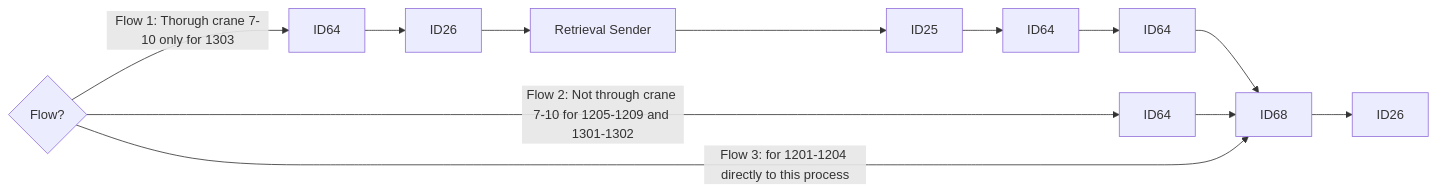
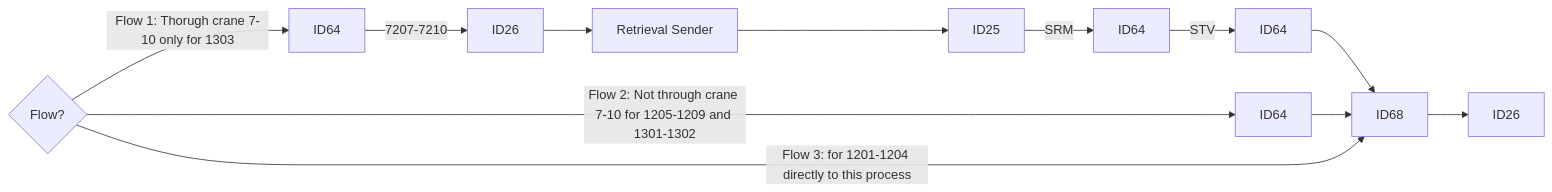
The third of 15 diagrams in Basic-Design/DFD-WMS/Retrieval/Specific-Location-Retrieval-Setting.md (luthfiadityaa/SimeDarby-Wiki), drawn with Mermaid before and after one commit.

Commit message:
Updated Specific Location Retrieval Setting

```diff
--- a/Basic-Design/DFD-WMS/Retrieval/Specific-Location-Retrieval-Setting.md
+++ b/Basic-Design/DFD-WMS/Retrieval/Specific-Location-Retrieval-Setting.md
@@ -18,9 +18,9 @@
 ::: mermaid
 flowchart LR
 
 Cond1{Flow?} 
 
-Cond1{Flow?}--> |Flow 1: Thorugh crane 7-10 only for 1303| P5[ID64]-->P8[ID26]-->P9[Retrieval Sender]-->P10[ID25]-->P11[ID64]-->P12[ID64]-->P7[ID68]
+Cond1{Flow?}--> |Flow 1: Thorugh crane 7-10 only for 1303| P5[ID64]--> |7207-7210| P8[ID26]-->P9[Retrieval Sender]-->P10[ID25]--> |SRM| P11[ID64]--> |STV| P12[ID64]-->P7[ID68]
 Cond1{Flow?}--> |Flow 2: Not through crane 7-10 for 1205-1209 and 1301-1302| P6[ID64]-->P7[ID68]
 Cond1{Flow?}--> |Flow 3: for 1201-1204 directly to this process| P7[ID68]-->P13[ID26]
 :::
```
